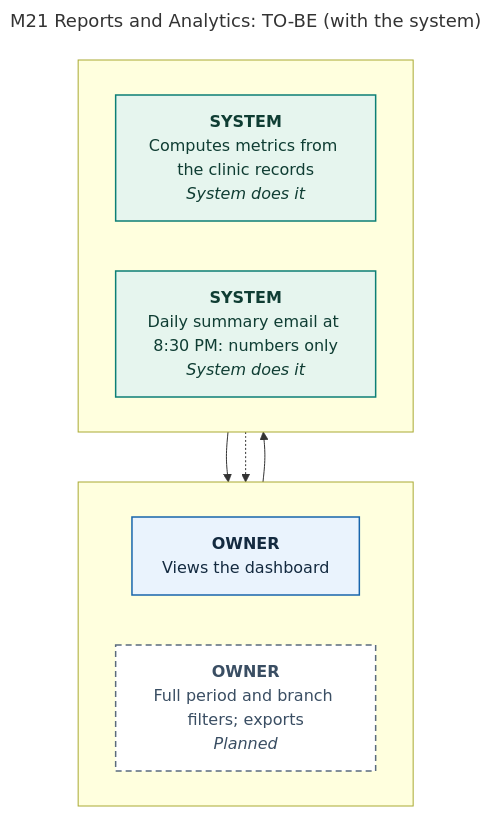
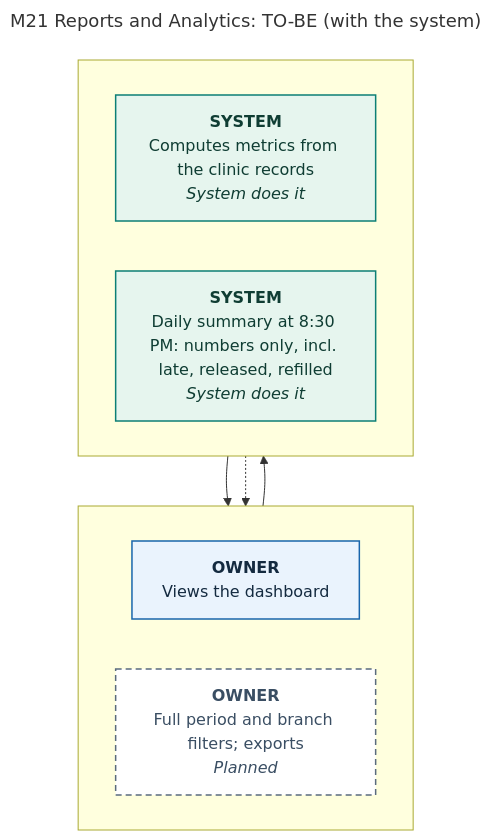
The diagram in docs/defense/diagrams/M21-reports-analytics-to-be.mmd (0phem/multibranch-dental-clinic), drawn with Mermaid before and after one commit. The commit also changed 111 other files, not shown here.

```diff
--- a/docs/defense/diagrams/M21-reports-analytics-to-be.mmd
+++ b/docs/defense/diagrams/M21-reports-analytics-to-be.mmd
@@ -1,23 +1,23 @@
 ---
 title: "M21 Reports and Analytics: TO-BE (with the system)"
 ---
 flowchart TB
     subgraph L3[" "]
     direction LR
       S1["<b>OWNER</b><br/>Views the dashboard"]:::manual
       S3["<b>OWNER</b><br/>Full period and branch filters; exports<br/><i>Planned</i>"]:::planned
     end
     subgraph L4[" "]
     direction LR
       S0["<b>SYSTEM</b><br/>Computes metrics from the clinic records<br/><i>System does it</i>"]:::auto
-      S2["<b>SYSTEM</b><br/>Daily summary email at 8:30 PM: numbers only<br/><i>System does it</i>"]:::auto
+      S2["<b>SYSTEM</b><br/>Daily summary at 8:30 PM: numbers only, incl. late, released, refilled<br/><i>System does it</i>"]:::auto
     end
     S0 --> S1
     S1 --> S2
     S2 -.-> S3
     classDef cited fill:#eaf3fd,stroke:#1865ac,color:#142a40,stroke-width:1.5px
     classDef confirm fill:#fffaf0,stroke:#b26a00,color:#5e3c00,stroke-width:1.5px,stroke-dasharray:6 4
     classDef auto fill:#e6f5ee,stroke:#0c7f75,color:#0f3d33,stroke-width:1.5px
     classDef manual fill:#eaf3fd,stroke:#1865ac,color:#142a40,stroke-width:1.5px
     classDef mock fill:#f3f5f7,stroke:#5a6b7d,color:#3a4e63,stroke-width:1.5px,stroke-dasharray:3 3
     classDef planned fill:#ffffff,stroke:#5a6b7d,color:#3a4e63,stroke-width:1.5px,stroke-dasharray:6 4
```
